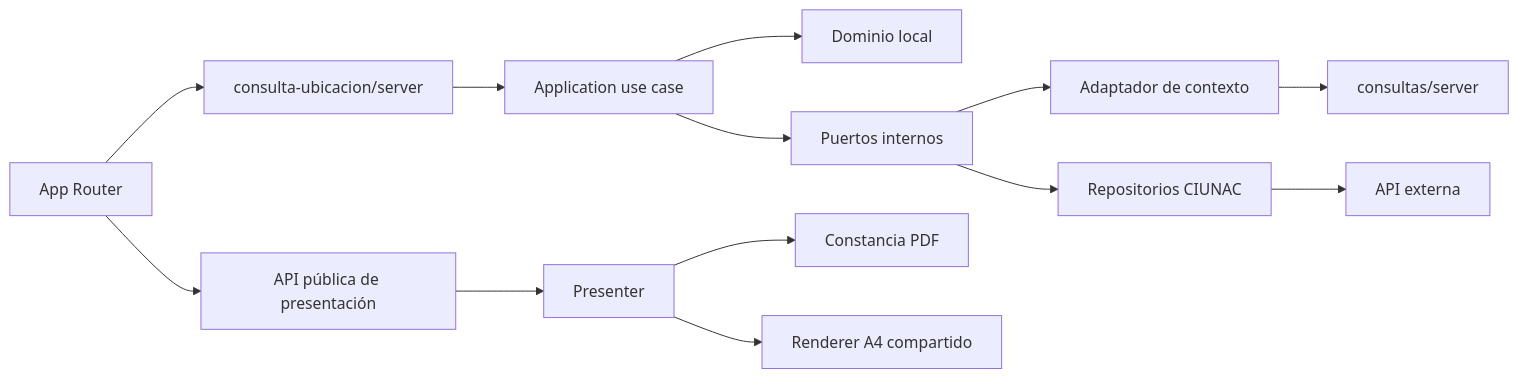
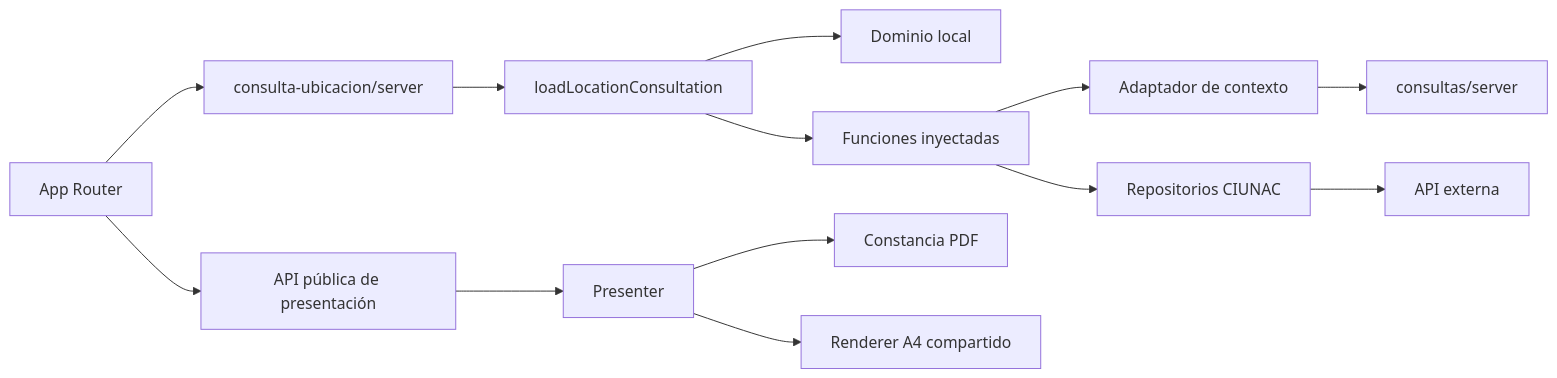
The diagram in docs/architecture/adr/019-modular-location-consultation.md (luismiguelgs/ciunac-sol-1.3), drawn with Mermaid before and after one commit. The commit also changed other lines of this file and 431 other files, not shown here.

````diff
--- a/docs/architecture/adr/019-modular-location-consultation.md
+++ b/docs/architecture/adr/019-modular-location-consultation.md
@@ -31,15 +31,15 @@
 ```mermaid
 flowchart LR
     Route["App Router"] --> Public["consulta-ubicacion/server"]
-    Public --> UseCase["Application use case"]
+    Public --> UseCase["loadLocationConsultation"]
     UseCase --> Domain["Dominio local"]
-    UseCase --> Ports["Puertos internos"]
+    UseCase --> Dependencies["Funciones inyectadas"]
     Context["Adaptador de contexto"] --> Consultas["consultas/server"]
     Repositories["Repositorios CIUNAC"] --> API["API externa"]
-    Ports --> Context
-    Ports --> Repositories
+    Dependencies --> Context
+    Dependencies --> Repositories
     Route --> View["API pública de presentación"]
     View --> Presenter["Presenter"]
     Presenter --> Certificate["Constancia PDF"]
     Presenter --> Cargo["Renderer A4 compartido"]
 ```
````
